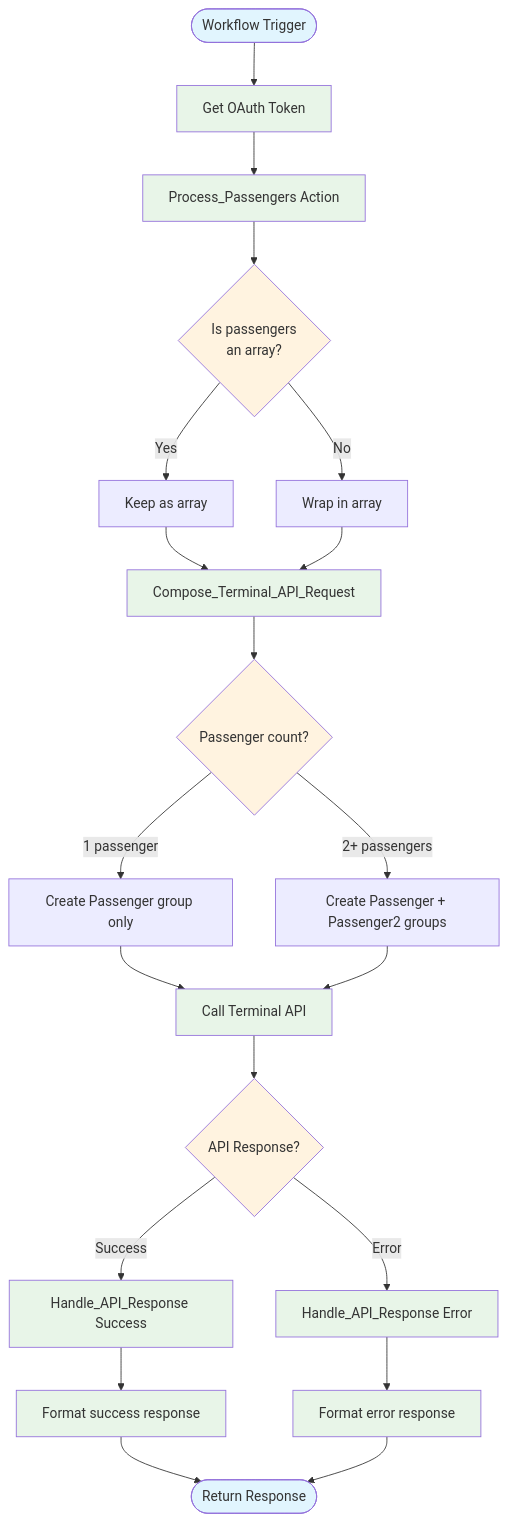
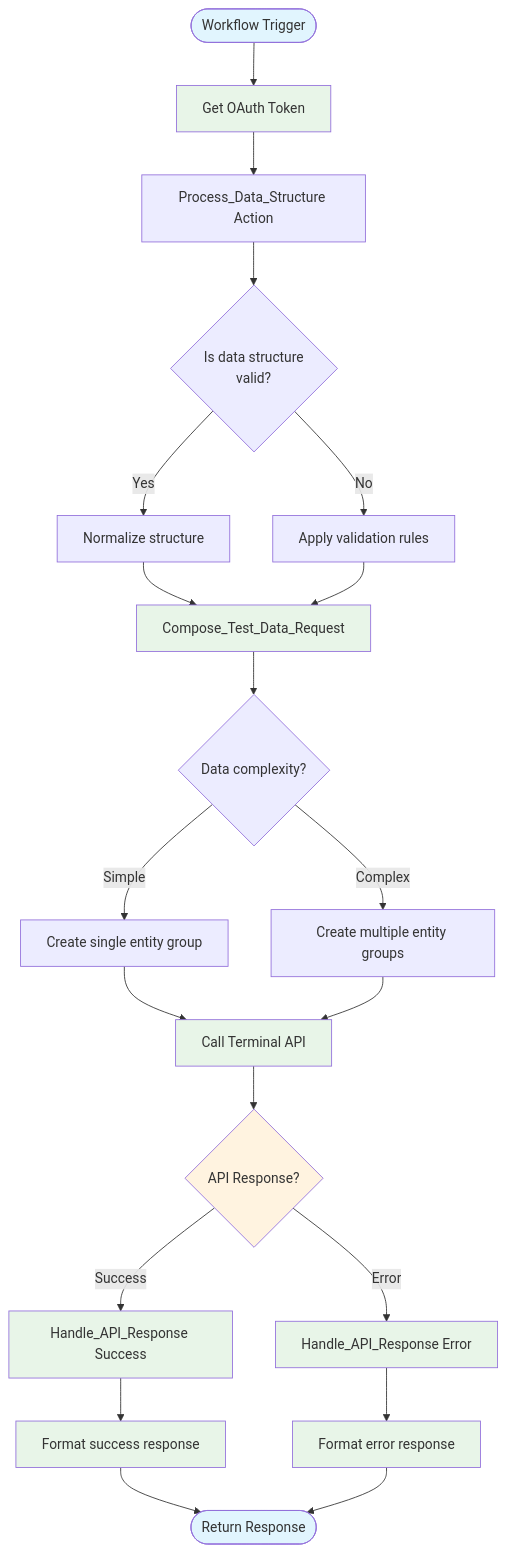
The third of 5 diagrams in INNOVATION_DAY_PRESENTATION.md (vijaythotadappa/smart-test-data-creator), drawn with Mermaid before and after one commit. The commit also changed other lines of this file, not shown here.

First line of the commit message:
Transform to Smart Test Data Creator: Universal AI-powered test data generation system

````diff
--- a/INNOVATION_DAY_PRESENTATION.md
+++ b/INNOVATION_DAY_PRESENTATION.md
@@ -185,39 +189,39 @@
 ```mermaid
 flowchart TD
     Start([Workflow Trigger]) --> Auth[Get OAuth Token]
-    Auth --> ProcessPass[Process_Passengers Action]
+    Auth --> ProcessData[Process_Data_Structure Action]
     
-    ProcessPass --> CheckArray{Is passengers<br/>an array?}
-    CheckArray -->|Yes| NormalizeArray[Keep as array]
-    CheckArray -->|No| WrapArray[Wrap in array]
+    ProcessData --> CheckFormat{Is data structure<br/>valid?}
+    CheckFormat -->|Yes| NormalizeData[Normalize structure]
+    CheckFormat -->|No| ValidateData[Apply validation rules]
     
-    NormalizeArray --> ComposeReq[Compose_Terminal_API_Request]
-    WrapArray --> ComposeReq
+    NormalizeData --> ComposeReq[Compose_Test_Data_Request]
+    ValidateData --> ComposeReq
     
-    ComposeReq --> CheckCount{Passenger count?}
-    CheckCount -->|1 passenger| SingleGroup[Create Passenger group only]
-    CheckCount -->|2+ passengers| MultiGroup[Create Passenger + Passenger2 groups]
+    ComposeReq --> CheckComplexity{Data complexity?}
+    CheckComplexity -->|Simple| SingleEntity[Create single entity group]
+    CheckComplexity -->|Complex| MultiEntity[Create multiple entity groups]
     
-    SingleGroup --> CallAPI[Call Terminal API]
-    MultiGroup --> CallAPI
+    SingleEntity --> CallAPI[Call Terminal API]
+    MultiEntity --> CallAPI
     
     CallAPI --> CheckResponse{API Response?}
     CheckResponse -->|Success| HandleSuccess[Handle_API_Response Success]
     CheckResponse -->|Error| HandleError[Handle_API_Response Error]
     
     HandleSuccess --> FormatSuccess[Format success response]
     HandleError --> FormatError[Format error response]
     
     FormatSuccess --> End([Return Response])
     FormatError --> End
     
     %% Styling
     classDef startEnd fill:#e1f5fe
     classDef process fill:#e8f5e8
     classDef decision fill:#fff3e0
     classDef error fill:#ffebee
     
     class Start,End startEnd
     class Auth,ProcessPass,ComposeReq,CallAPI,HandleSuccess,HandleError,FormatSuccess,FormatError process
     class CheckArray,CheckCount,CheckResponse decision
 ```
````
